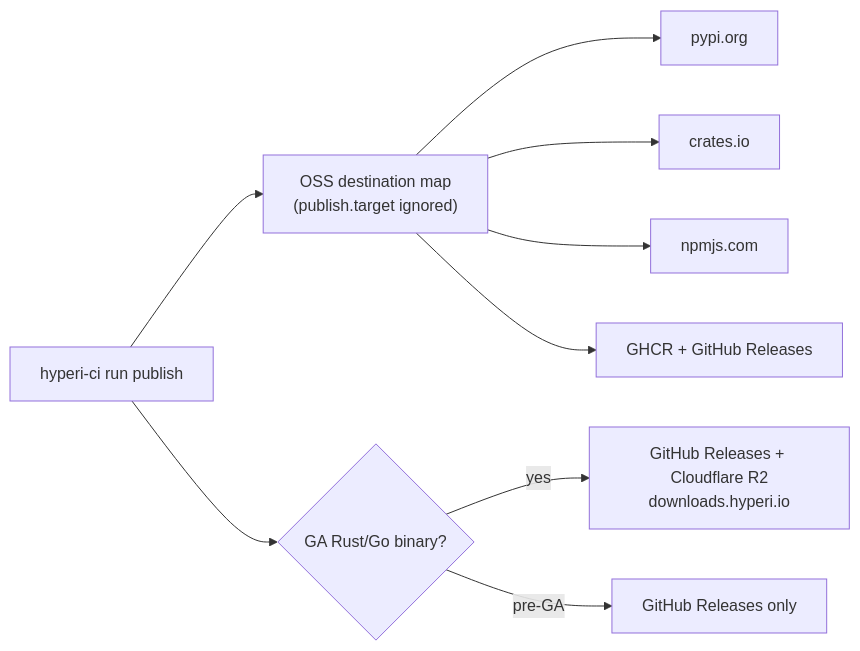
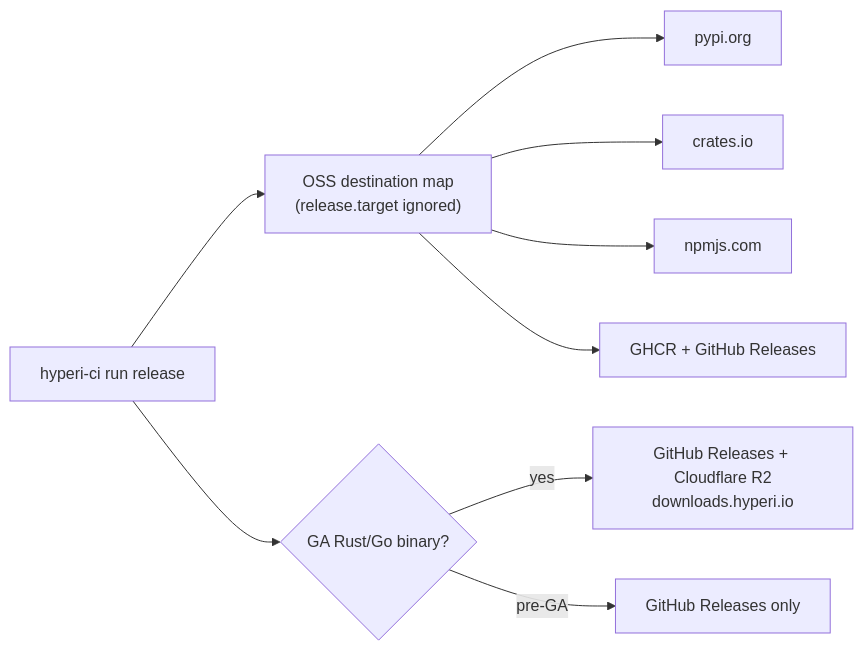
The fifth of 7 diagrams in docs/flow.md (hyperi-io/hyperi-ci), drawn with Mermaid before and after one commit. The commit also changed other lines of this file and 45 other files, not shown here.

First line of the commit message:
fix(release): move the internals off the publish spelling

````diff
--- a/docs/flow.md
+++ b/docs/flow.md
@@ -102,11 +102,11 @@
 ```mermaid
 flowchart LR
-    PUB[hyperi-ci run publish] --> M["OSS destination map<br/>(publish.target ignored)"]
+    PUB[hyperi-ci run release] --> M["OSS destination map<br/>(release.target ignored)"]
     M --> PY[pypi.org]
     M --> CR[crates.io]
     M --> NPM[npmjs.com]
     M --> GH[GHCR + GitHub Releases]
     PUB --> GA{GA Rust/Go binary?}
     GA -->|yes| R2[GitHub Releases + Cloudflare R2<br/>downloads.hyperi.io]
     GA -->|pre-GA| GHO[GitHub Releases only]
 ```
````
